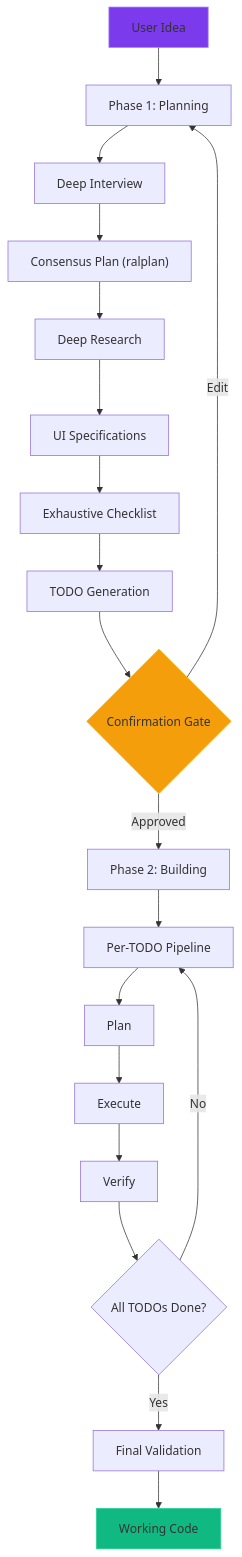
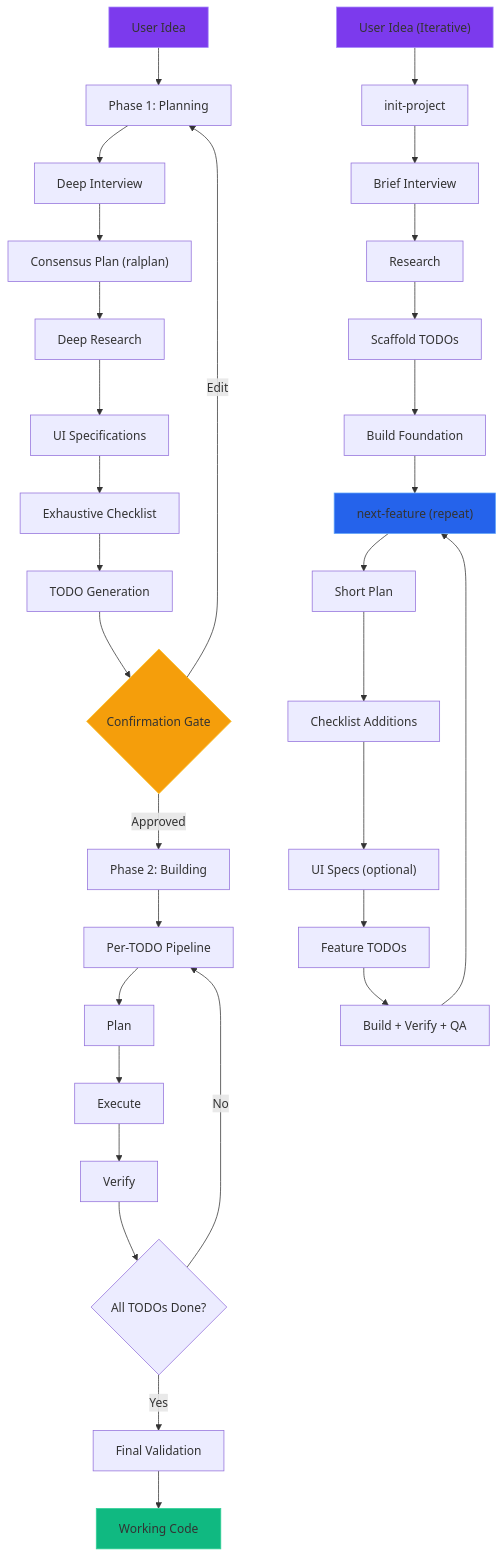
One commit to aether-auto/aether-omcc changed the diagram in docs-src/index.md. Above: the diagram before and after it, drawn with Mermaid. The commit also changed other lines of this file and 4 other files, not shown here.

First line of the commit message:
docs: add iterative workflow (init-project + next-feature) to all docs pages

````diff
--- a/docs-src/index.md
+++ b/docs-src/index.md
@@ -102,25 +108,40 @@
 ```mermaid
 graph TB
     A["User Idea"] --> B["Phase 1: Planning"]
     B --> C["Deep Interview"]
     C --> D["Consensus Plan (ralplan)"]
     D --> E["Deep Research"]
     E --> F["UI Specifications"]
     F --> G["Exhaustive Checklist"]
     G --> H["TODO Generation"]
     H --> I{"Confirmation Gate"}
     I -->|Approved| J["Phase 2: Building"]
     I -->|Edit| B
     J --> K["Per-TODO Pipeline"]
     K --> L["Plan"]
     L --> M["Execute"]
     M --> N["Verify"]
     N --> O{"All TODOs Done?"}
     O -->|No| K
     O -->|Yes| P["Final Validation"]
     P --> Q["Working Code"]
 
+    A2["User Idea (Iterative)"] --> B2["init-project"]
+    B2 --> C2["Brief Interview"]
+    C2 --> D2["Research"]
+    D2 --> E2["Scaffold TODOs"]
+    E2 --> F2["Build Foundation"]
+    F2 --> G2["next-feature (repeat)"]
+    G2 --> H2["Short Plan"]
+    H2 --> I2["Checklist Additions"]
+    I2 --> J2["UI Specs (optional)"]
+    J2 --> K2["Feature TODOs"]
+    K2 --> L2["Build + Verify + QA"]
+    L2 --> G2
+
     style A fill:#7c3aed,stroke:#a78bfa
     style I fill:#f59e0b,stroke:#fbbf24
     style Q fill:#10b981,stroke:#34d399
+    style A2 fill:#7c3aed,stroke:#a78bfa
+    style G2 fill:#2563eb,stroke:#60a5fa
 ```
````
